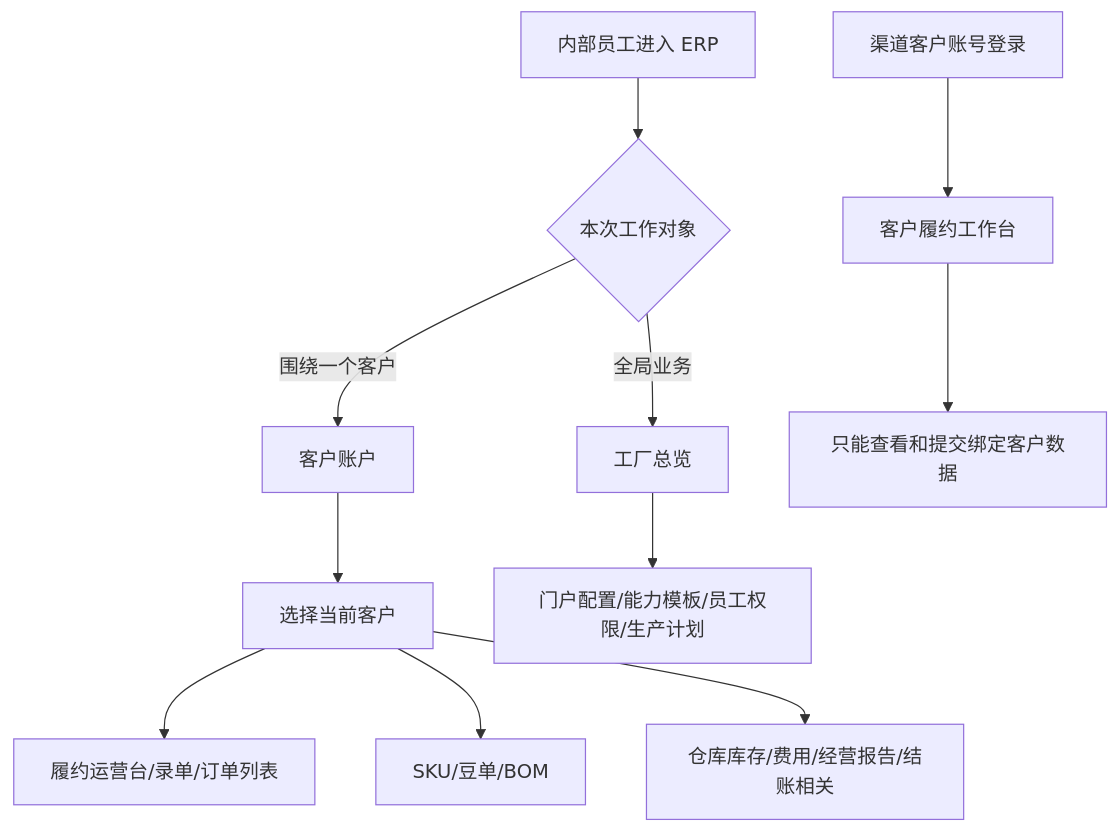
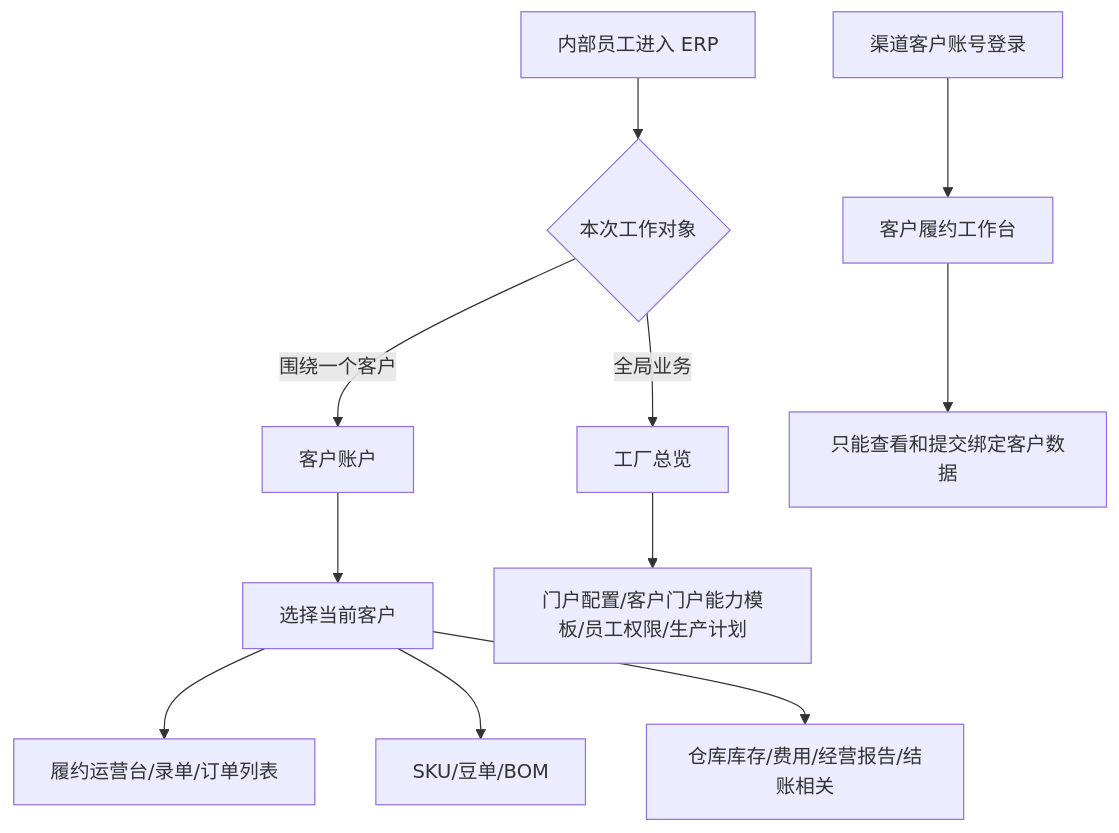
Before and after one commit to Backstage2539/KFerp: the fifth of 8 diagrams in orderapp-remote/docs/OP_MANUAL_CUSTOMER_FULFILLMENT.md, drawn with Mermaid. The commit also changed other lines of this file and 40 other files, not shown here.

Commit message:
fix: consolidate customer management portal warehouse flow

````diff
--- a/orderapp-remote/docs/OP_MANUAL_CUSTOMER_FULFILLMENT.md
+++ b/orderapp-remote/docs/OP_MANUAL_CUSTOMER_FULFILLMENT.md
@@ -111,13 +111,13 @@
 ```mermaid
 flowchart TD
   A["内部员工进入 ERP"] --> B{"本次工作对象"}
   B -->|全局业务| C["工厂总览"]
   B -->|围绕一个客户| D["客户账户"]
   D --> E["选择当前客户"]
   E --> F["履约运营台/录单/订单列表"]
   E --> G["SKU/豆单/BOM"]
   E --> H["仓库库存/费用/经营报告/结账相关"]
-  C --> I["门户配置/能力模板/员工权限/生产计划"]
+  C --> I["门户配置/客户门户能力模板/员工权限/生产计划"]
   J["渠道客户账号登录"] --> K["客户履约工作台"]
   K --> L["只能查看和提交绑定客户数据"]
 ```
````
